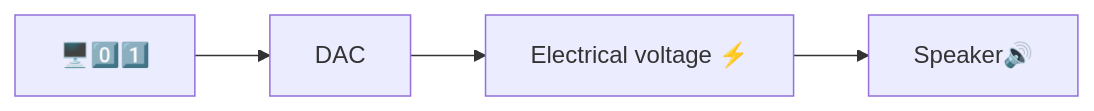
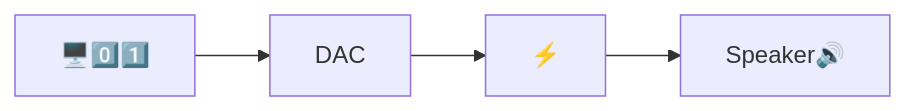
One commit to kcodedev/mkdocs changed the diagram in docs/IG/3-hardware/output-devices/speakers.md. Above: the diagram before and after it, drawn with Mermaid. The commit also changed 10 other files, not shown here.

````diff
--- a/docs/IG/3-hardware/output-devices/speakers.md
+++ b/docs/IG/3-hardware/output-devices/speakers.md
@@ -3,6 +3,6 @@
 ```mermaid 
 graph LR;
      A[🖥️0️⃣1️⃣] --> B[DAC];
-     B --> C[Electrical voltage ⚡];
+     B --> C[⚡];
      C --> D[Speaker🔊];
 ```
````
